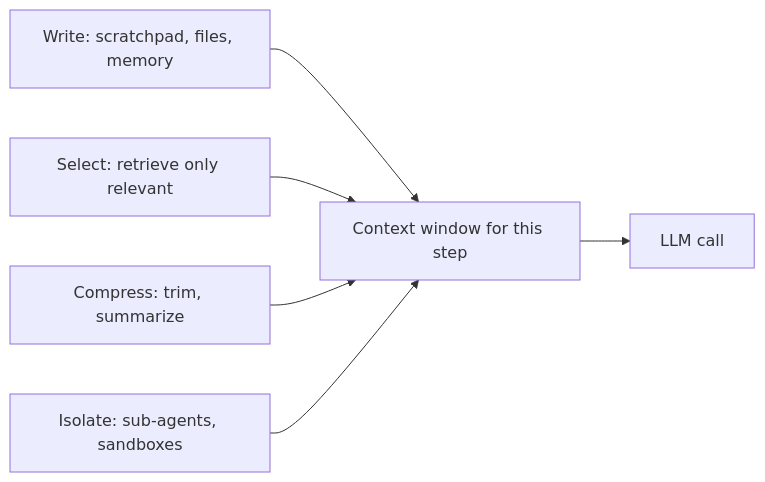
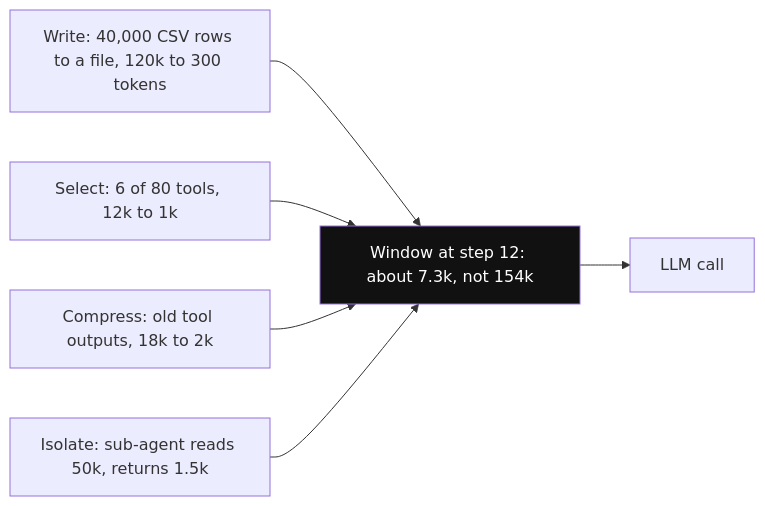
Before and after one commit to flow6979/viewinter: the ninth of 12 diagrams in content-en/11-agentic/05-memory-context.md, drawn with Mermaid. The commit also changed other lines of this file and 85 other files, not shown here.

First line of the commit message:
AI + RAG content: add diagrams across every page (196 -> 513)

````diff
--- a/content-en/11-agentic/05-memory-context.md
+++ b/content-en/11-agentic/05-memory-context.md
@@ -511,8 +543,10 @@
 ```mermaid
 flowchart LR
-    W["Write: scratchpad, files, memory"] --> CTX["Context window for this step"]
-    S["Select: retrieve only relevant"] --> CTX
-    C["Compress: trim, summarize"] --> CTX
-    I["Isolate: sub-agents, sandboxes"] --> CTX
+    W["Write: 40,000 CSV rows to a file, 120k to 300 tokens"] --> CTX["Window at step 12: about 7.3k, not 154k"]:::hot
+    S["Select: 6 of 80 tools, 12k to 1k"] --> CTX
+    C["Compress: old tool outputs, 18k to 2k"] --> CTX
+    I["Isolate: sub-agent reads 50k, returns 1.5k"] --> CTX
     CTX --> LLM["LLM call"]
+    classDef hot fill:#111,color:#fff
+    classDef dim fill:#fff
 ```
````
